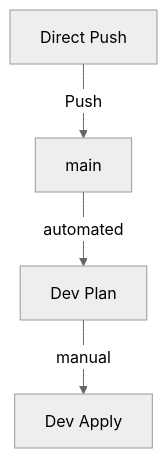
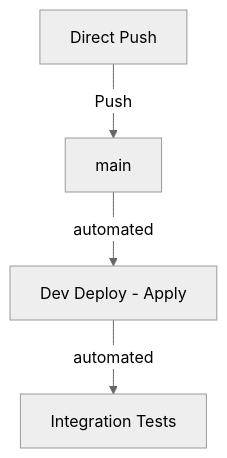
Before and after one commit to tajturbo/chuck-infra: the second of 2 diagrams in CONTRIBUTING.md, drawn with Mermaid (neutral theme). The commit also changed other lines of this file and 1 other file, not shown here.

Commit message:
ci: switch dev environment to fully automated continuous deployment (apply on push)

````diff
--- a/CONTRIBUTING.md
+++ b/CONTRIBUTING.md
@@ -87,6 +87,6 @@
 ```mermaid
 graph TD
     A[Direct Push] -->|Push| B[main]
-    B -->|automated| C[Dev Plan]
-    C -->|manual| D[Dev Apply]
+    B -->|automated| C[Dev Deploy - Apply]
+    C -->|automated| D[Integration Tests]
 ```
````
